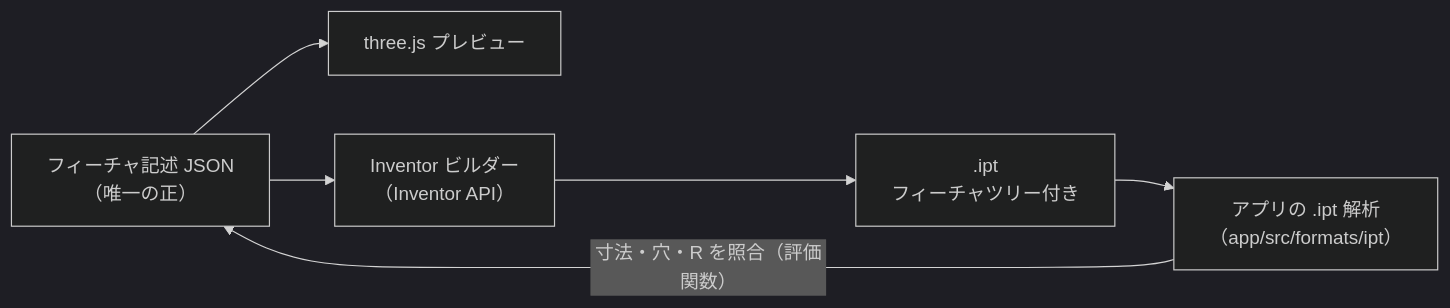
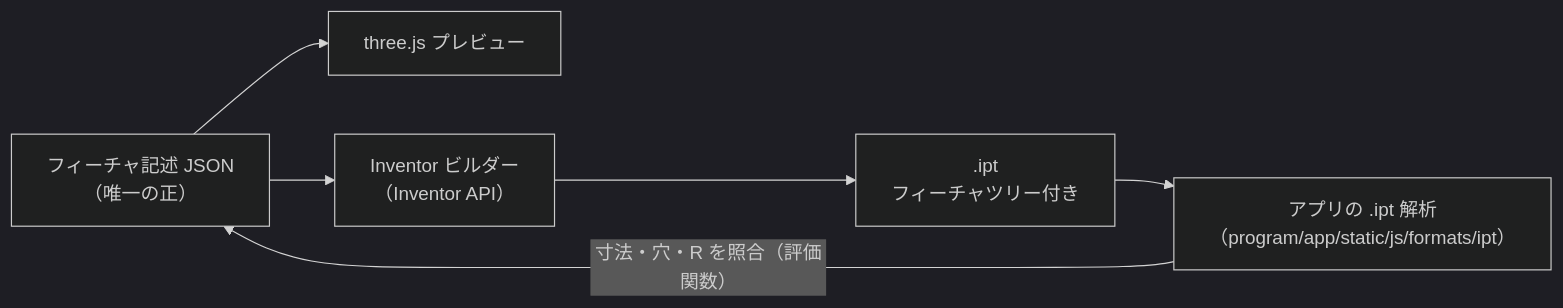
Before and after one commit to satoshi-hello-vlioilv/Inventor: the diagram in docs/ipt-format.md, drawn with Mermaid (dark theme). The commit also changed other lines of this file and 176 other files, not shown here.

````diff
--- a/docs/ipt-format.md
+++ b/docs/ipt-format.md
@@ -132,8 +132,8 @@
 ```mermaid
 flowchart LR
   J["フィーチャ記述 JSON<br/>（唯一の正）"] --> V["three.js プレビュー"]
   J --> B["Inventor ビルダー<br/>（Inventor API）"]
   B --> I[".ipt<br/>フィーチャツリー付き"]
-  I --> Q["アプリの .ipt 解析<br/>（app/src/formats/ipt）"]
+  I --> Q["アプリの .ipt 解析<br/>（program/app/static/js/formats/ipt）"]
   Q -- "寸法・穴・R を照合（評価関数）" --> J
 ```
````
